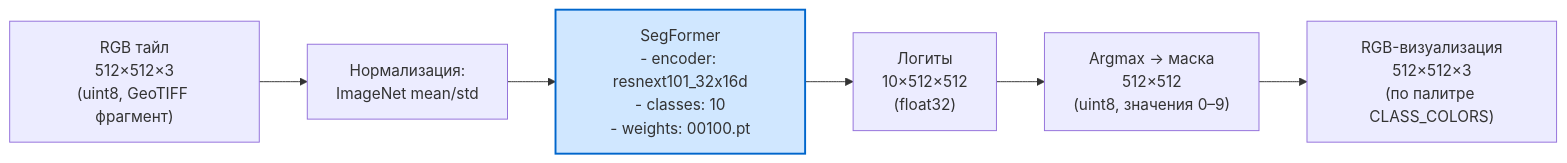
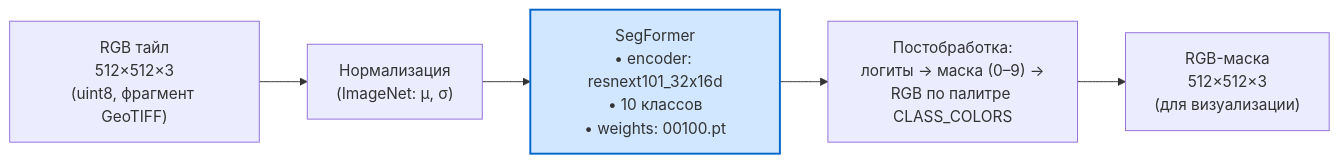
The first of 2 diagrams in README.md (MaxKolo57/AI_HI_TECH_TSU), drawn with Mermaid before and after one commit. The commit also changed other lines of this file, not shown here.

````diff
--- a/README.md
+++ b/README.md
@@ -68,11 +68,10 @@
 ```mermaid
 flowchart LR
-    A["RGB тайл<br/>512×512×3<br/>(uint8, GeoTIFF фрагмент)"] --> B["Нормализация:<br/>ImageNet mean/std"]
-    B --> C["SegFormer<br/>- encoder: resnext101_32x16d<br/>- classes: 10<br/>- weights: 00100.pt"]
-    C --> D["Логиты<br/>10×512×512<br/>(float32)"]
-    D --> E["Argmax → маска<br/>512×512<br/>(uint8, значения 0–9)"]
-    E --> F["RGB-визуализация<br/>512×512×3<br/>(по палитре CLASS_COLORS)"]
+    In["RGB тайл<br/>512×512×3<br/>(uint8, фрагмент GeoTIFF)"] --> Pre["Нормализация<br/>(ImageNet: μ, σ)"]
+    Pre --> Model["SegFormer<br/>• encoder: resnext101_32x16d<br/>• 10 классов<br/>• weights: 00100.pt"]
+    Model --> Post["Постобработка:<br/>логиты → маска (0–9) →<br/>RGB по палитре CLASS_COLORS"]
+    Post --> Out["RGB-маска<br/>512×512×3<br/>(для визуализации)"]
 
     classDef model fill:#d0e7ff,stroke:#0066cc,stroke-width:2px;
-    class C model;
+    class Model model;
 ```
````
